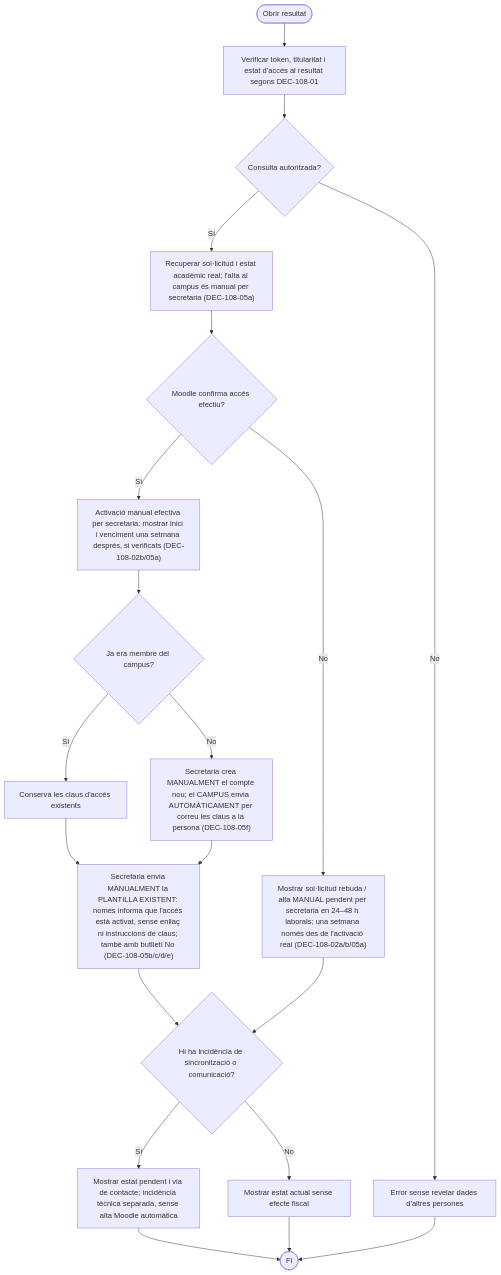
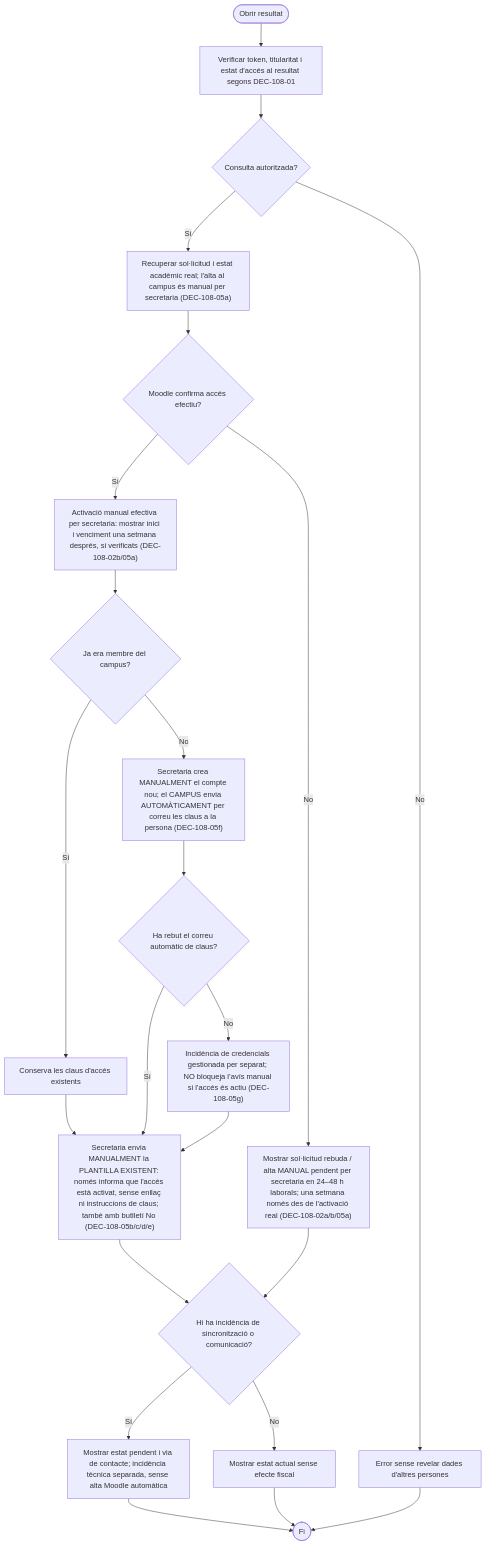
Before and after one commit to orgmeriemprismacat-del/verifactu: the eighth of 8 diagrams in documentacio/07-uml-integrat/uc-108-vistes-grafiques-activitats-pagines.md, drawn with Mermaid. The commit also changed other lines of this file, not shown here.

Commit message:
docs(uml uc-108): manual access notice unaffected by missing campus credential email

````diff
--- a/documentacio/07-uml-integrat/uc-108-vistes-grafiques-activitats-pagines.md
+++ b/documentacio/07-uml-integrat/uc-108-vistes-grafiques-activitats-pagines.md
@@ -174,22 +174,25 @@
 ```mermaid
 flowchart TD
   A([Obrir resultat]) --> B["Verificar token, titularitat i estat d'accés al resultat segons DEC-108-01"]
   B --> C{"Consulta autoritzada?"}
   C -->|No| D["Error sense revelar dades d'altres persones"]
   C -->|Sí| E["Recuperar sol·licitud i estat acadèmic real; l'alta al campus és manual per secretaria (DEC-108-05a)"]
   E --> F{"Moodle confirma accés efectiu?"}
   F -->|Sí| G["Activació manual efectiva per secretaria: mostrar inici i venciment una setmana després, si verificats (DEC-108-02b/05a)"]
   G --> GX{"Ja era membre del campus?"}
   GX -->|Sí| GM["Conserva les claus d'accés existents"]
   GX -->|No| GN["Secretaria crea MANUALMENT el compte nou; el CAMPUS envia AUTOMÀTICAMENT per correu les claus a la persona (DEC-108-05f)"]
   GM --> GE["Secretaria envia MANUALMENT la PLANTILLA EXISTENT: només informa que l'accés està activat, sense enllaç ni instruccions de claus; també amb butlletí No (DEC-108-05b/c/d/e)"]
-  GN --> GE
+  GN --> GI{"Ha rebut el correu automàtic de claus?"}
+  GI -->|Sí| GE
+  GI -->|No| GIN["Incidència de credencials gestionada per separat; NO bloqueja l’avís manual si l’accés és actiu (DEC-108-05g)"]
+  GIN --> GE
   F -->|No| H["Mostrar sol·licitud rebuda / alta MANUAL pendent per secretaria en 24–48 h laborals; una setmana només des de l'activació real (DEC-108-02a/b/05a)"]
   GE --> I{"Hi ha incidència de sincronització o comunicació?"}
   H --> I
   I -->|Sí| J["Mostrar estat pendent i via de contacte; incidència tècnica separada, sense alta Moodle automàtica"]
   I -->|No| K["Mostrar estat actual sense efecte fiscal"]
   J --> L([Fi])
   K --> L
   D --> L
 ```
````
